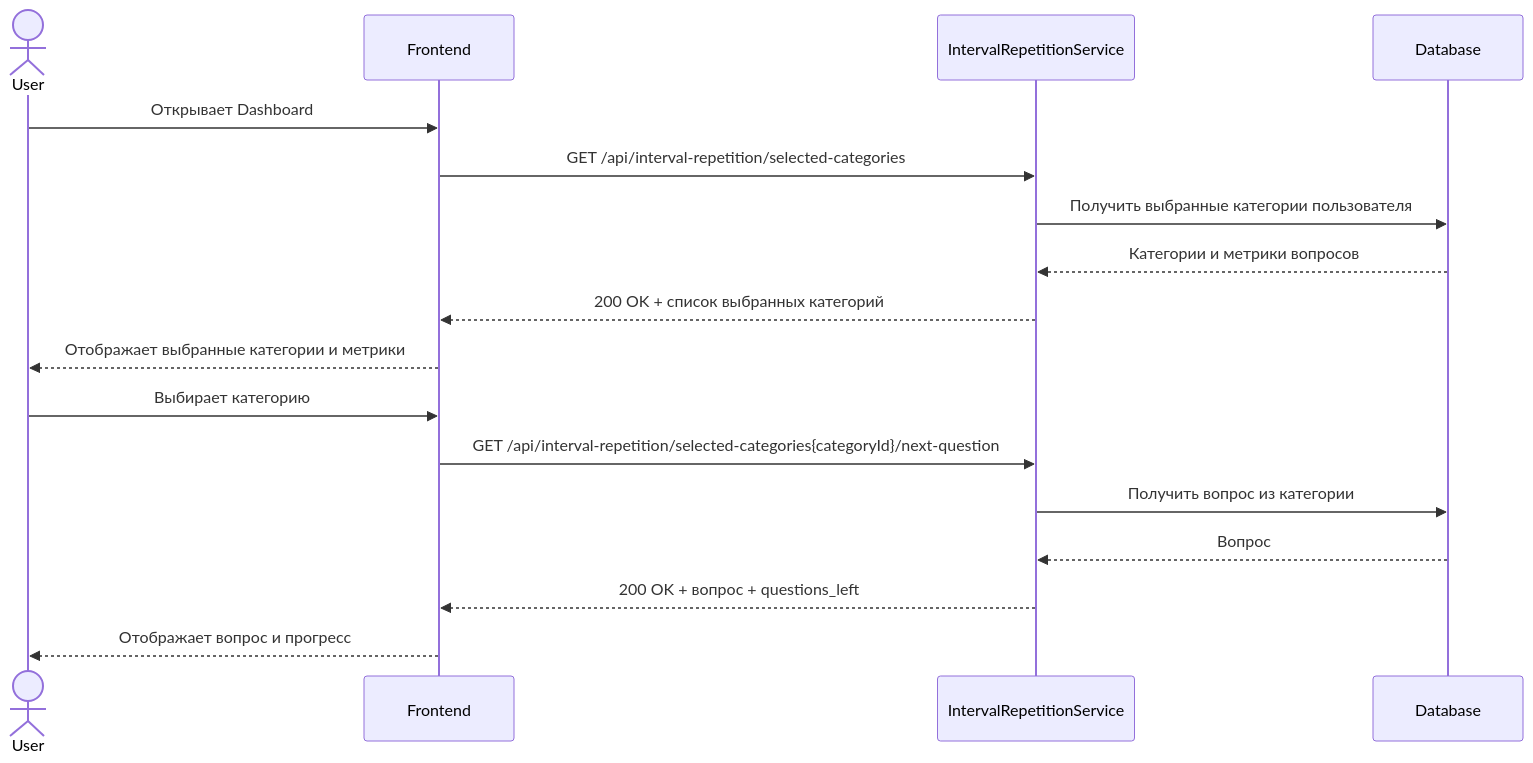
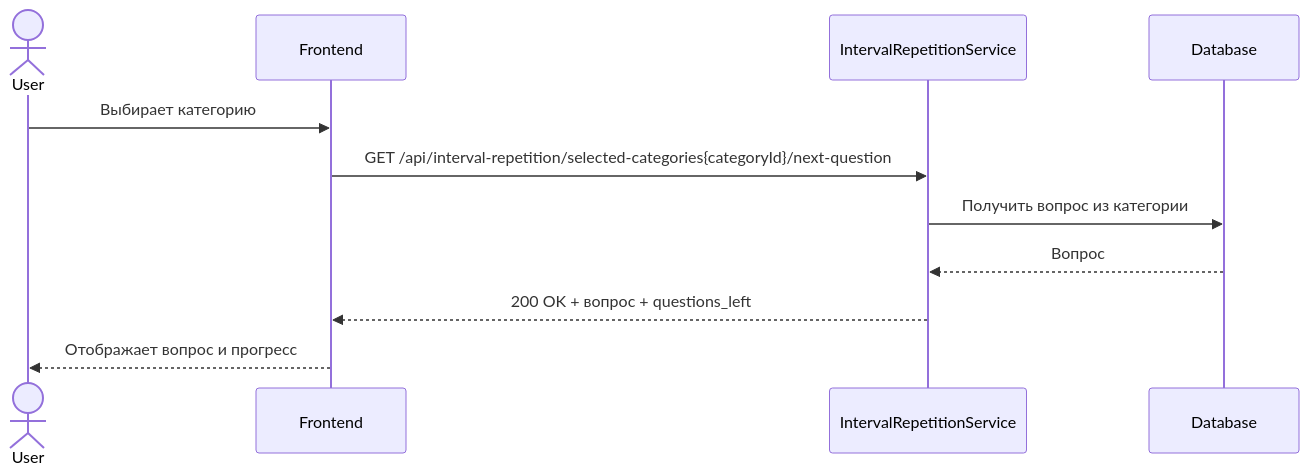
Before and after one commit to it-mentor-community-platform/meta: the third of 7 diagrams in system-analytics/functionality/interview-questions-interval-repetition.md, drawn with Mermaid. The commit also changed other lines of this file, not shown here.

Commit message:
update interval repetition flow

````diff
--- a/system-analytics/functionality/interview-questions-interval-repetition.md
+++ b/system-analytics/functionality/interview-questions-interval-repetition.md
@@ -91,24 +93,15 @@
 ```mermaid
 sequenceDiagram
     actor User
     participant Frontend
     participant IntervalRepetitionService
     participant Database
-
-    User->>Frontend: Открывает Dashboard
-
-    Frontend->>IntervalRepetitionService: GET /api/interval-repetition/selected-categories
-    IntervalRepetitionService->>Database: Получить выбранные категории пользователя
-    Database-->>IntervalRepetitionService: Категории и метрики вопросов
-    IntervalRepetitionService-->>Frontend: 200 OK + список выбранных категорий
-    Frontend-->>User: Отображает выбранные категории и метрики
-
     User->>Frontend: Выбирает категорию
 
     Frontend->>IntervalRepetitionService: GET /api/interval-repetition/selected-categories{categoryId}/next-question
     IntervalRepetitionService->>Database: Получить вопрос из категории
     Database-->>IntervalRepetitionService: Вопрос
 
     IntervalRepetitionService-->>Frontend: 200 OK + вопрос + questions_left
     Frontend-->>User: Отображает вопрос и прогресс
 ```
````
